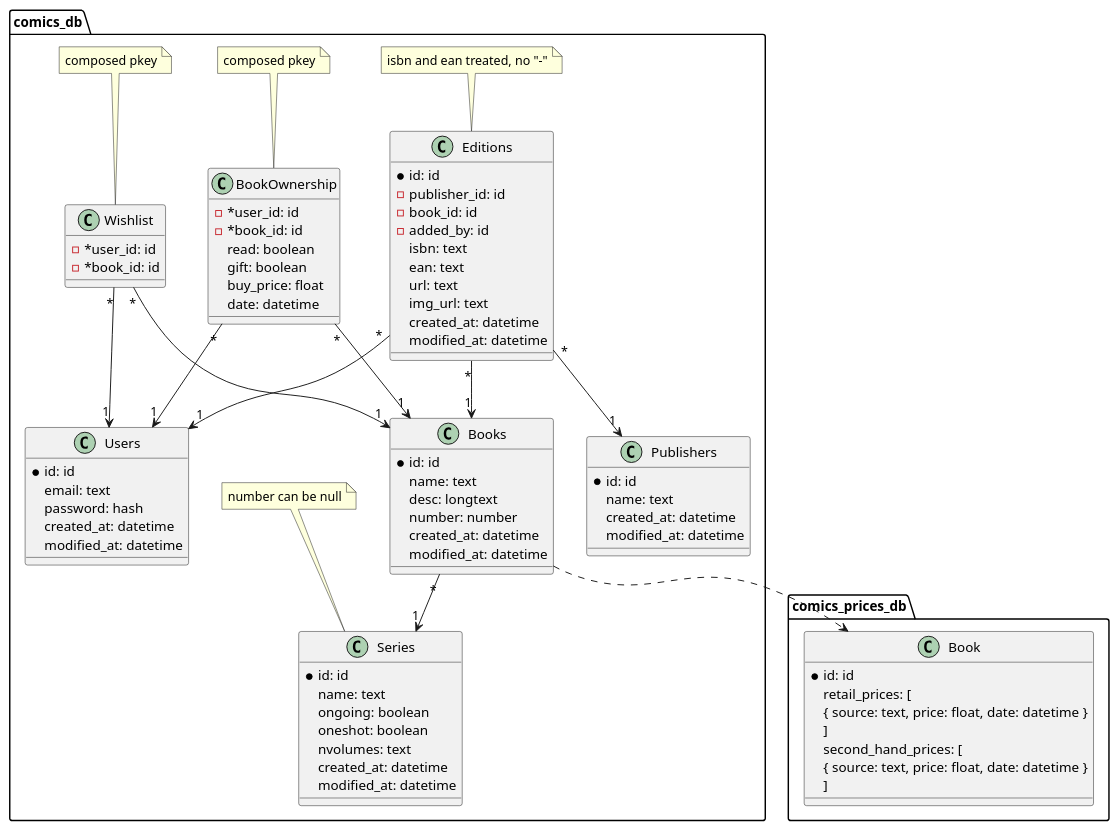
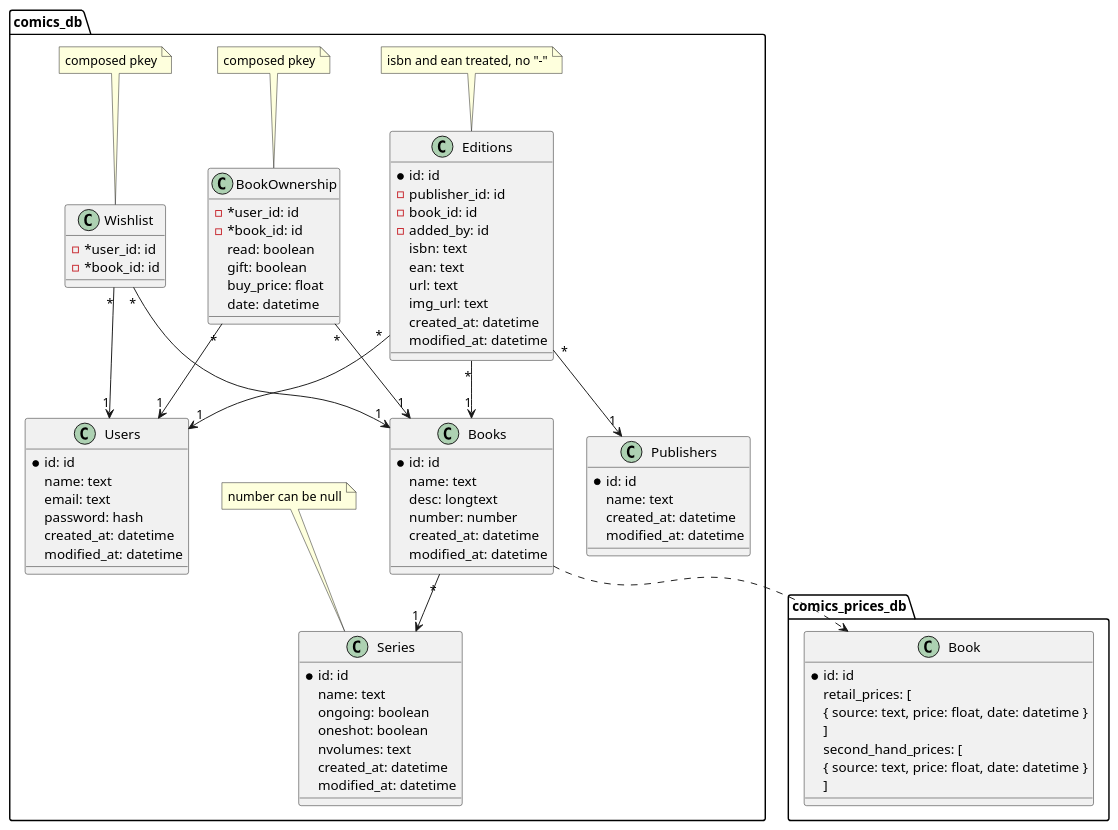
Before and after one commit to StutenEXE/comics-engineering: the diagram in db/mcd.puml, drawn with PlantUML. The commit also changed 5 other files, not shown here.

```diff
--- a/db/mcd.puml
+++ b/db/mcd.puml
@@ -1,96 +1,97 @@
 @startuml mcd comics engineering
 
 package comics_db {
     class Users {
         *id: id
+        name: text
         email: text
         password: hash
         created_at: datetime
         modified_at: datetime
     }
 
     class Books {
         *id: id
         name: text
         desc: longtext
         number: number
         created_at: datetime
         modified_at: datetime
     }
 
     class Editions {
         *id: id
         -publisher_id: id
         -book_id: id
         -added_by: id
         isbn: text
         ean: text
         url: text
         img_url: text
         created_at: datetime
         modified_at: datetime
     }
     note top: isbn and ean treated, no "-"
 
     class Series {
         *id: id
         name: text
         ongoing: boolean
         oneshot: boolean
         nvolumes: text
         created_at: datetime
         modified_at: datetime
     }
     note top: number can be null
 
     class Publishers {
         *id: id
         name: text
         created_at: datetime
         modified_at: datetime
     }
 	
 	class BookOwnership {
         - *user_id: id
         - *book_id: id
         read: boolean
         gift: boolean
         buy_price: float
         date: datetime
     }
     note top: composed pkey
 
     class Wishlist {
         - *user_id: id
         - *book_id: id
     }
     note top: composed pkey
 }
 
 package comics_prices_db {
     class Book {
         *id: id
         retail_prices: [
             { source: text, price: float, date: datetime }
         ]
         second_hand_prices: [
             { source: text, price: float, date: datetime }
         ]
     }
 }
 
 BookOwnership "*" --> "1" comics_db.Books
 BookOwnership "*" --> "1" Users
 
 Wishlist "*" --> "1" comics_db.Books
 Wishlist "*" --> "1" Users
 
 Editions "*" --> "1" comics_db.Books
 Editions "*" --> "1" Publishers
 Editions "*" --> "1" Users
 
 comics_db.Books "*" --> "1" Series
 
 comics_db.Books ..> comics_prices_db.Book
 
 @enduml
```
